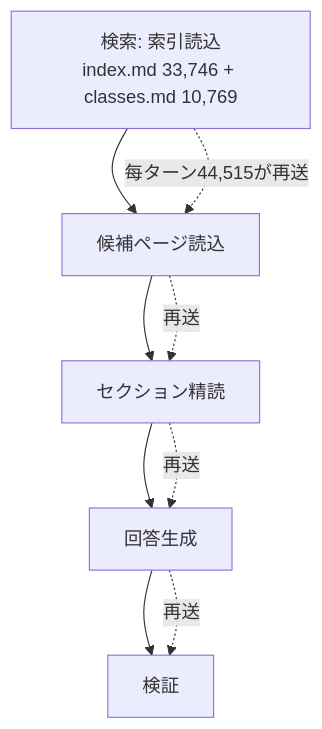
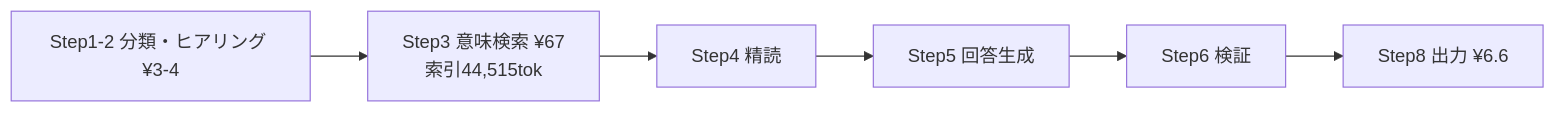
Before and after one commit to nablarch/nabledge-dev: the first of 4 diagrams in docs/reports/cost-optimization-nabledge.md, drawn with Mermaid. The commit also changed other lines of this file and 1 other file, not shown here.

````diff
--- a/docs/reports/cost-optimization-nabledge.md
+++ b/docs/reports/cost-optimization-nabledge.md
@@ -25,11 +42,5 @@
 ```mermaid
-flowchart TD
-    A[検索: 索引読込<br/>index.md 33,746 + classes.md 10,769] --> B[候補ページ読込]
-    B --> C[セクション精読]
-    C --> D[回答生成]
-    D --> E[検証]
-    A -.每ターン44,515が再送.-> B
-    B -.再送.-> C
-    C -.再送.-> D
-    D -.再送.-> E
+flowchart LR
+    S1[Step1-2 分類・ヒアリング ¥3-4] --> S3[Step3 意味検索 ¥67<br/>索引44,515tok]
+    S3 --> S4[Step4 精読] --> S5[Step5 回答生成] --> S6[Step6 検証] --> S8[Step8 出力 ¥6.6]
 ```
````
